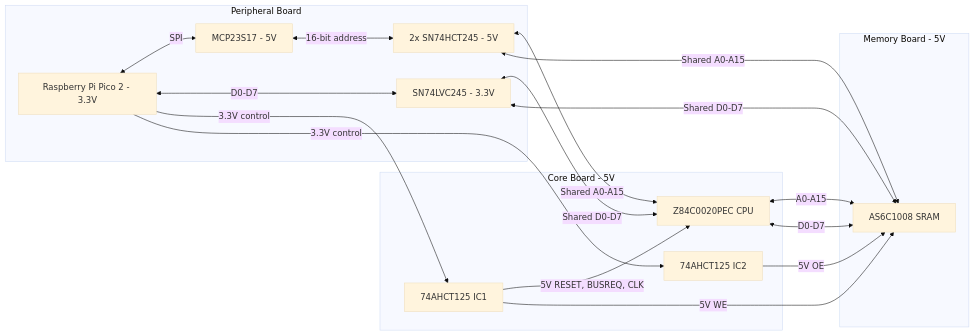
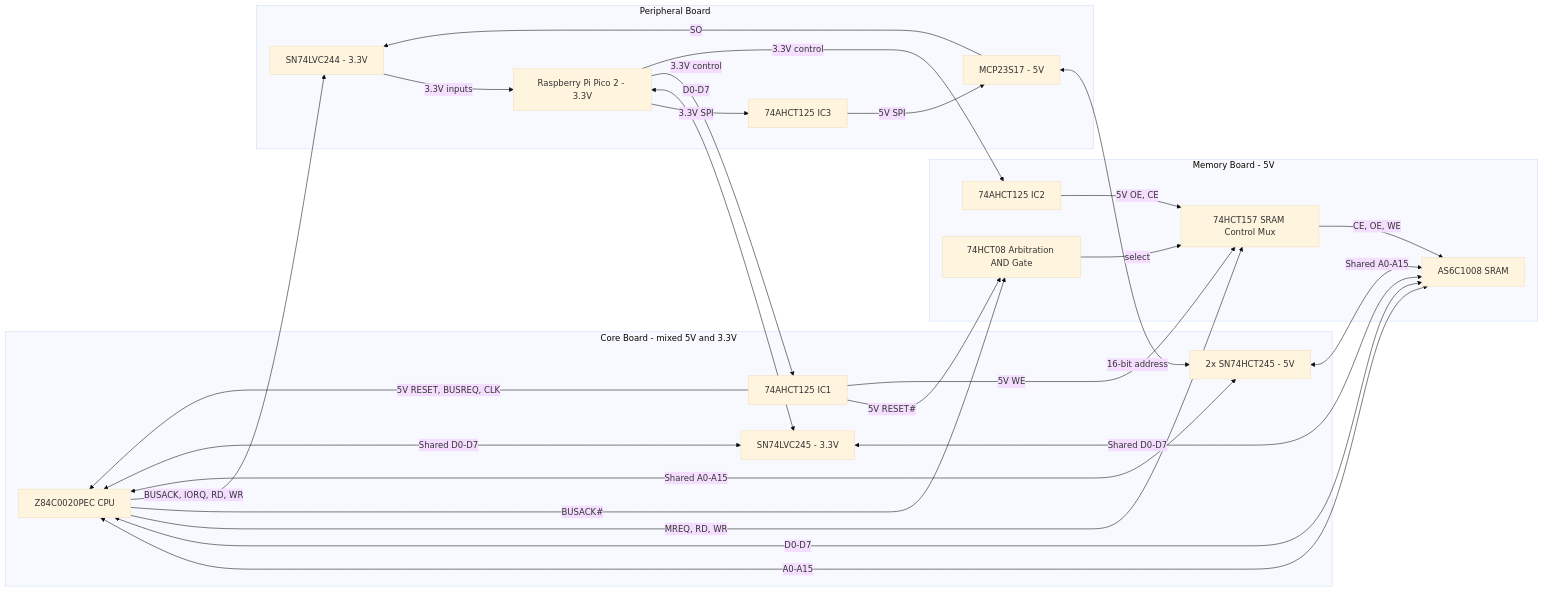
One commit to gloveboxes/Z80ROMlessSBC changed the eighth of 9 diagrams in Z80_ROMless_SBC_Spec_v21.md. Above: the diagram before and after it, drawn with Mermaid (base theme). The commit also changed other lines of this file and 20 other files, not shown here.

````diff
--- a/Z80_ROMless_SBC_Spec_v21.md
+++ b/Z80_ROMless_SBC_Spec_v21.md
@@ -380,34 +719,47 @@
 ```mermaid
 flowchart LR
   subgraph MEM[Memory Board - 5V]
     SRAM[AS6C1008 SRAM]
+    MUX[74HCT157 SRAM Control Mux]
+    ANDGATE[74HCT08 Arbitration AND Gate]
+    AHCT2[74AHCT125 IC2]
   end
 
-  subgraph CORE[Core Board - 5V]
+  subgraph CORE[Core Board - mixed 5V and 3.3V]
     Z80[Z84C0020PEC CPU]
     AHCT1[74AHCT125 IC1]
-    AHCT2[74AHCT125 IC2]
+    ADDR245[2x SN74HCT245 - 5V]
+    DATA245[SN74LVC245 - 3.3V]
   end
 
   subgraph PERIPH[Peripheral Board]
     PICO[Raspberry Pi Pico 2 - 3.3V]
     MCP[MCP23S17 - 5V]
-    ADDR245[2x SN74HCT245 - 5V]
-    DATA245[SN74LVC245 - 3.3V]
+    AHCT3[74AHCT125 IC3]
+    INPUT244[SN74LVC244 - 3.3V]
   end
 
   Z80 <-->|A0-A15| SRAM
   Z80 <-->|D0-D7| SRAM
-  PICO <-->|SPI| MCP
+  PICO -->|3.3V SPI| AHCT3
+  AHCT3 -->|5V SPI| MCP
   MCP <-->|16-bit address| ADDR245
   ADDR245 <-->|Shared A0-A15| Z80
   ADDR245 <-->|Shared A0-A15| SRAM
   PICO <-->|D0-D7| DATA245
   DATA245 <-->|Shared D0-D7| Z80
   DATA245 <-->|Shared D0-D7| SRAM
   PICO -->|3.3V control| AHCT1
   PICO -->|3.3V control| AHCT2
   AHCT1 -->|5V RESET, BUSREQ, CLK| Z80
-  AHCT1 -->|5V WE| SRAM
-  AHCT2 -->|5V OE| SRAM
+  Z80 -->|MREQ, RD, WR| MUX
+  Z80 -->|BUSACK#| ANDGATE
+  AHCT1 -->|5V RESET#| ANDGATE
+  ANDGATE -->|select| MUX
+  AHCT1 -->|5V WE| MUX
+  AHCT2 -->|5V OE, CE| MUX
+  MUX -->|CE, OE, WE| SRAM
+  Z80 -->|BUSACK, IORQ, RD, WR| INPUT244
+  MCP -->|SO| INPUT244
+  INPUT244 -->|3.3V inputs| PICO
 ```
````
